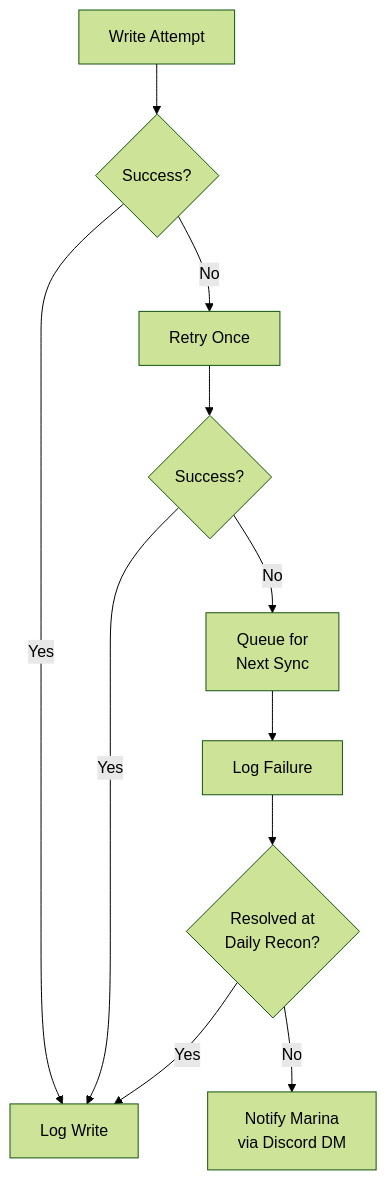
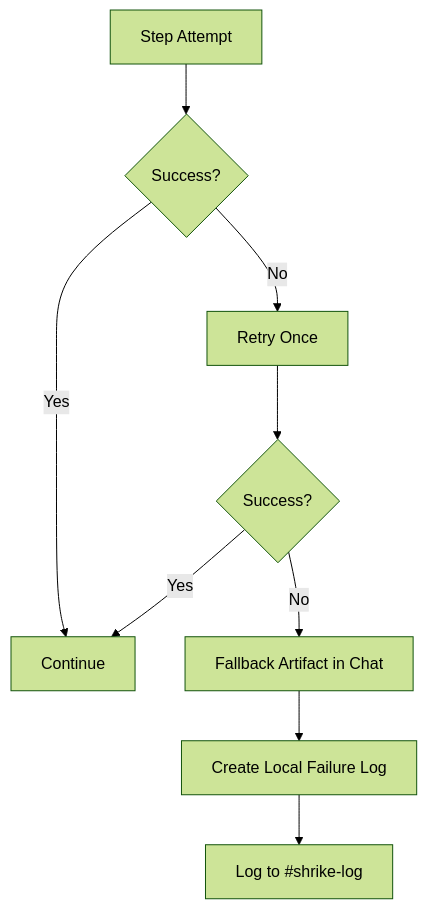
The fifth of 5 diagrams in README.md (shrikeagent-create/shrike-architecture), drawn with Mermaid (forest theme) before and after one commit. The commit also changed other lines of this file, not shown here.

Commit message:
policy: update file flow + retry/fallback (v8)

````diff
--- a/README.md
+++ b/README.md
@@ -104,13 +106,11 @@
 ```mermaid
 flowchart TD
-    A[Write Attempt] --> B{Success?}
-    B -->|Yes| C[Log Write]
+    A[Step Attempt] --> B{Success?}
+    B -->|Yes| C[Continue]
     B -->|No| D[Retry Once]
     D --> E{Success?}
     E -->|Yes| C
-    E -->|No| F[Queue for<br/>Next Sync]
-    F --> G[Log Failure]
-    G --> H{Resolved at<br/>Daily Recon?}
-    H -->|Yes| C
-    H -->|No| I[Notify Marina<br/>via Discord DM]
+    E -->|No| F[Fallback Artifact in Chat]
+    F --> G[Create Local Failure Log]
+    G --> H[Log to #shrike-log]
 ```
````
